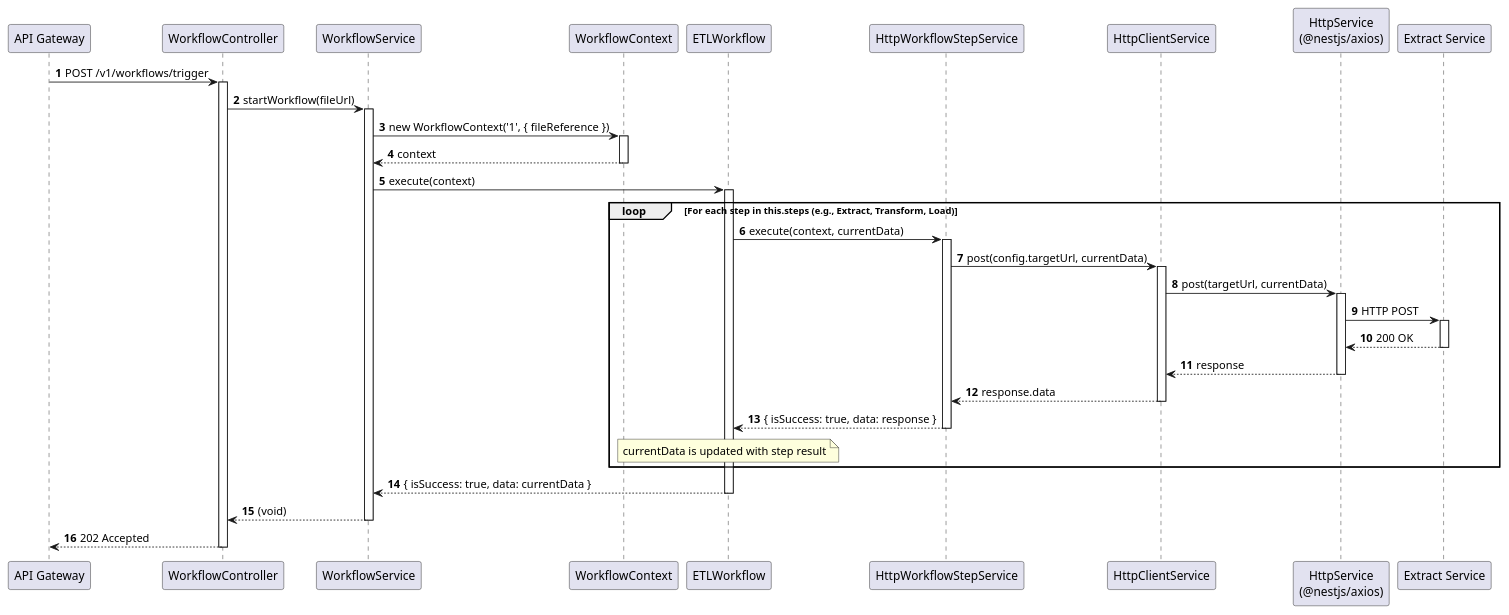
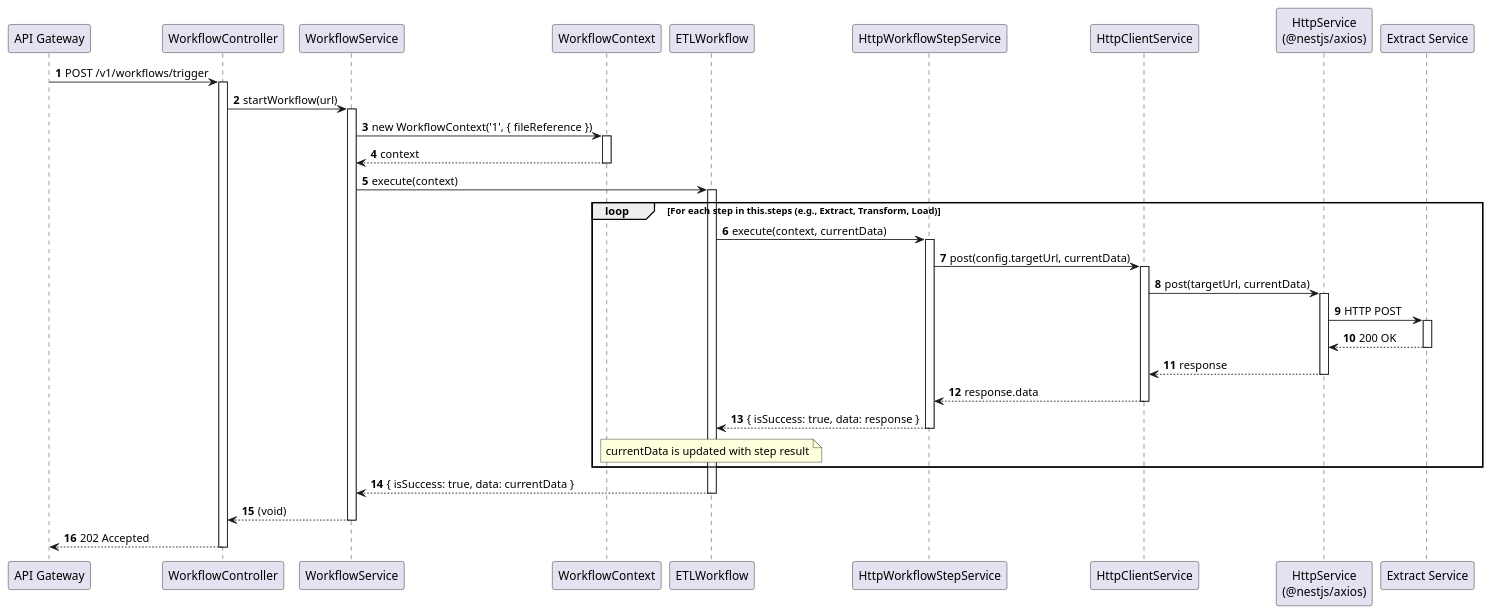
Before and after one commit to CPNV-ES-BI-RIA-PROJECT/Orchestrator: the diagram in docs/SequenceDiagram.puml, drawn with PlantUML. The commit also changed 4 other files, not shown here.

```diff
--- a/docs/SequenceDiagram.puml
+++ b/docs/SequenceDiagram.puml
@@ -1,67 +1,67 @@
 @startuml
 autonumber
 
 participant "API Gateway" as gateway
 
 participant "WorkflowController" as controller
 participant "WorkflowService" as service
 participant "WorkflowContext" as contextModel
 participant "ETLWorkflow" as etl
 participant "HttpWorkflowStepService" as step
 participant "HttpClientService" as client
 participant "HttpService\n(@nestjs/axios)" as axios
 
 participant "Extract Service" as extract
 
 
 gateway -> controller: POST /v1/workflows/trigger
 activate controller
 
-controller -> service: startWorkflow(fileUrl)
+controller -> service: startWorkflow(url)
 activate service
 
 service -> contextModel: new WorkflowContext('1', { fileReference })
 activate contextModel
 contextModel --> service: context
 deactivate contextModel
 
 service -> etl: execute(context)
 activate etl
 
 loop For each step in this.steps (e.g., Extract, Transform, Load)
     etl -> step: execute(context, currentData)
     activate step
 
     step -> client: post(config.targetUrl, currentData)
     activate client
 
     client -> axios: post(targetUrl, currentData)
     activate axios
 
     axios -> extract: HTTP POST
     activate extract
     extract --> axios: 200 OK
     deactivate extract
 
     axios --> client: response
     deactivate axios
 
     client --> step: response.data
     deactivate client
 
     step --> etl: { isSuccess: true, data: response }
     deactivate step
 
     note over etl: currentData is updated with step result
 end
 
 etl --> service: { isSuccess: true, data: currentData }
 deactivate etl
 
 service --> controller: (void)
 deactivate service
 
 controller --> gateway: 202 Accepted
 deactivate controller
 
 @enduml
```
